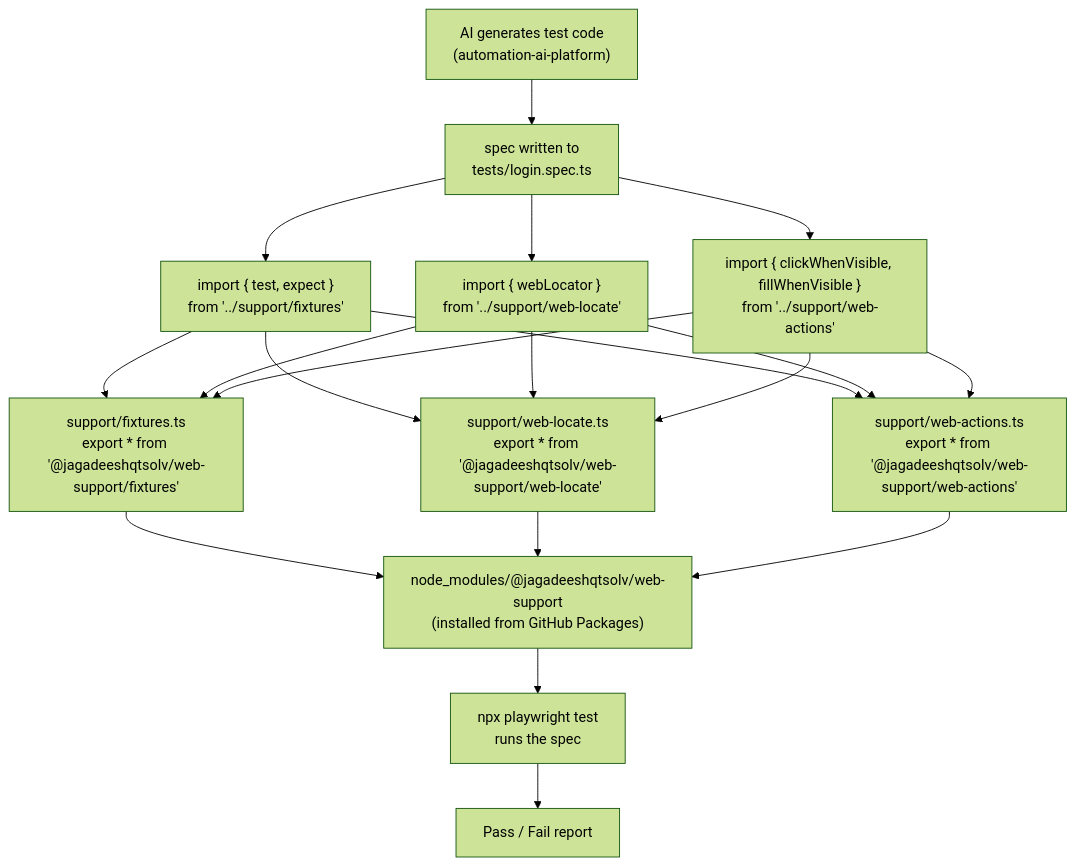
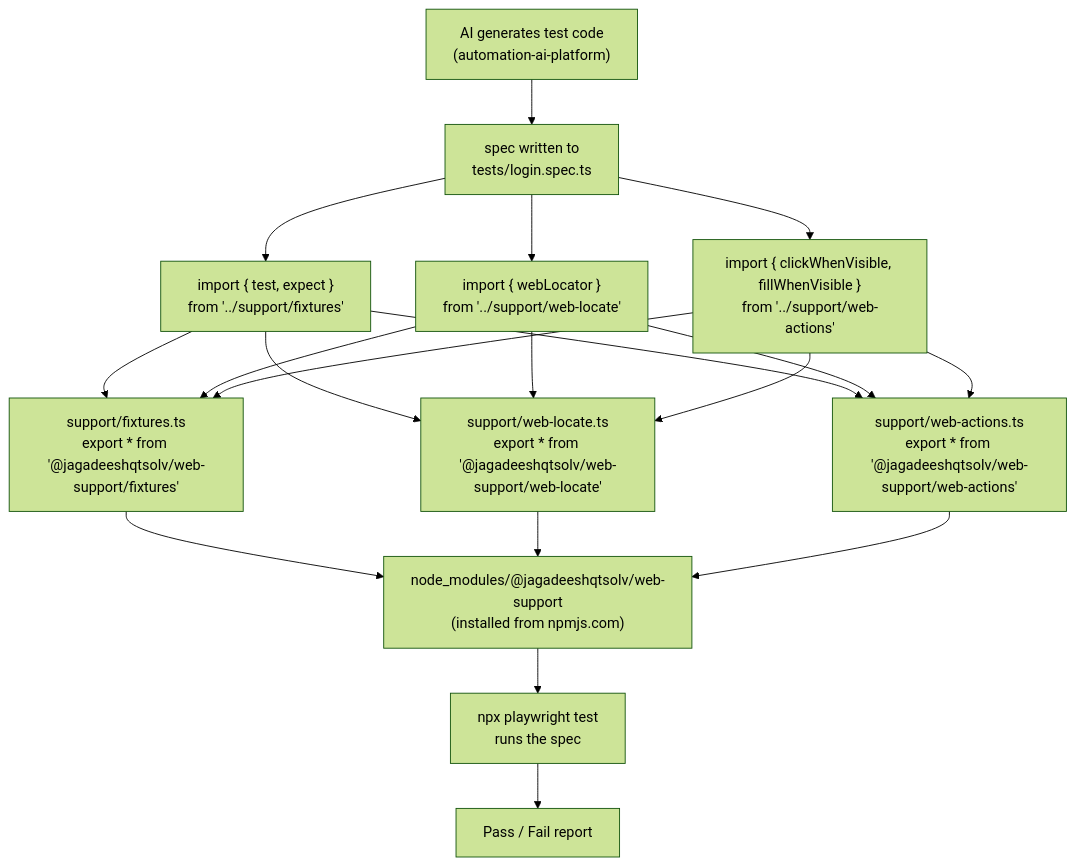
Before and after one commit to jagadeeshqtsolv/automation-ai-core: the fourth of 6 diagrams in docs/ARCHITECTURE.md, drawn with Mermaid (forest theme). The commit also changed other lines of this file and 1 other file, not shown here.

Commit message:
docs: migrate from GitHub Packages to npmjs.com
README.md: full rewrite - remove GitHub auth requirements, add clear
Publishing a new version section with step-by-step instructions,
update package links to npmjs.com, add recorder CLI docs.

docs/ARCHITECTURE.md: update publish lifecycle diagram and
web-support install reference to npmjs.com.

````diff
--- a/docs/ARCHITECTURE.md
+++ b/docs/ARCHITECTURE.md
@@ -110,17 +110,17 @@
 ```mermaid
 flowchart TD
     A["AI generates test code\n(automation-ai-platform)"] --> B["spec written to\ntests/login.spec.ts"]
 
     B --> C["import { test, expect }\nfrom '../support/fixtures'"]
     B --> D["import { webLocator }\nfrom '../support/web-locate'"]
     B --> E["import { clickWhenVisible, fillWhenVisible }\nfrom '../support/web-actions'"]
 
     C & D & E --> F["support/fixtures.ts\nexport * from '@jagadeeshqtsolv/web-support/fixtures'"]
     C & D & E --> G["support/web-locate.ts\nexport * from '@jagadeeshqtsolv/web-support/web-locate'"]
     C & D & E --> H["support/web-actions.ts\nexport * from '@jagadeeshqtsolv/web-support/web-actions'"]
 
-    F & G & H --> I["node_modules/@jagadeeshqtsolv/web-support\n(installed from GitHub Packages)"]
+    F & G & H --> I["node_modules/@jagadeeshqtsolv/web-support\n(installed from npmjs.com)"]
 
     I --> J["npx playwright test\nruns the spec"]
     J --> K["Pass / Fail report"]
 ```
````
